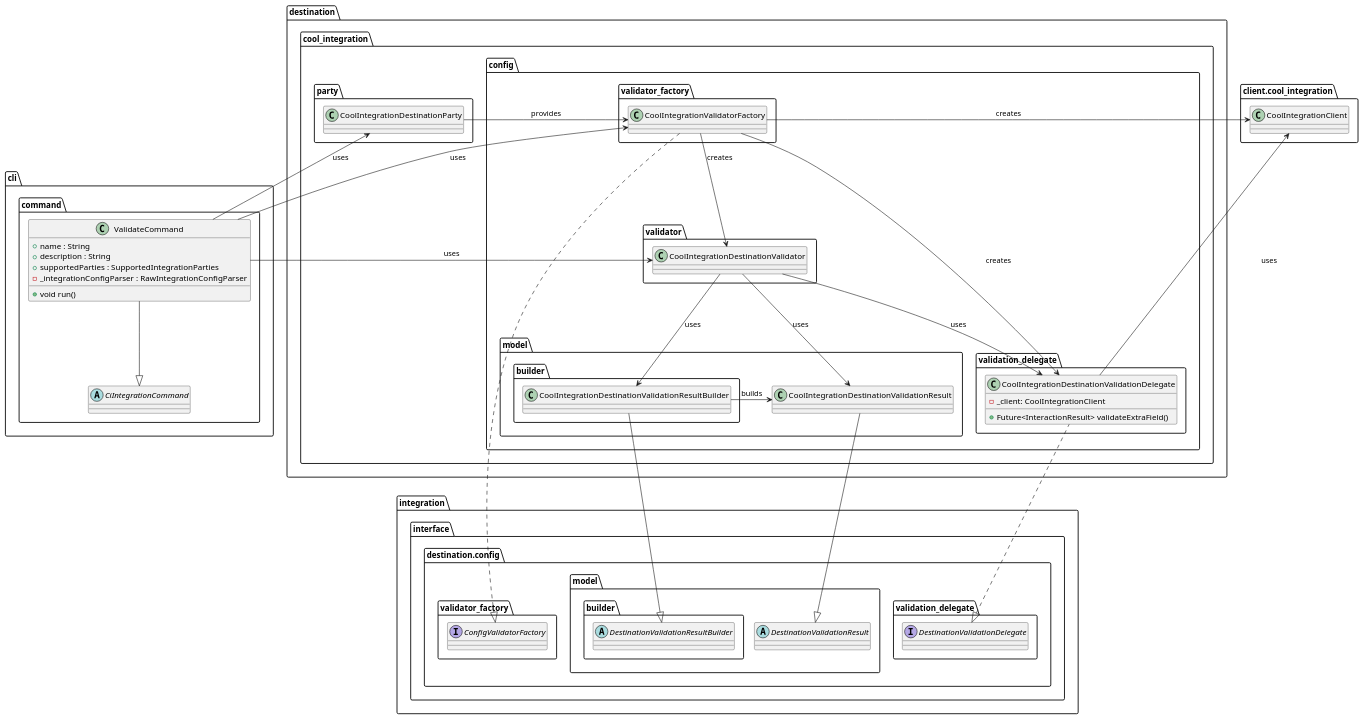
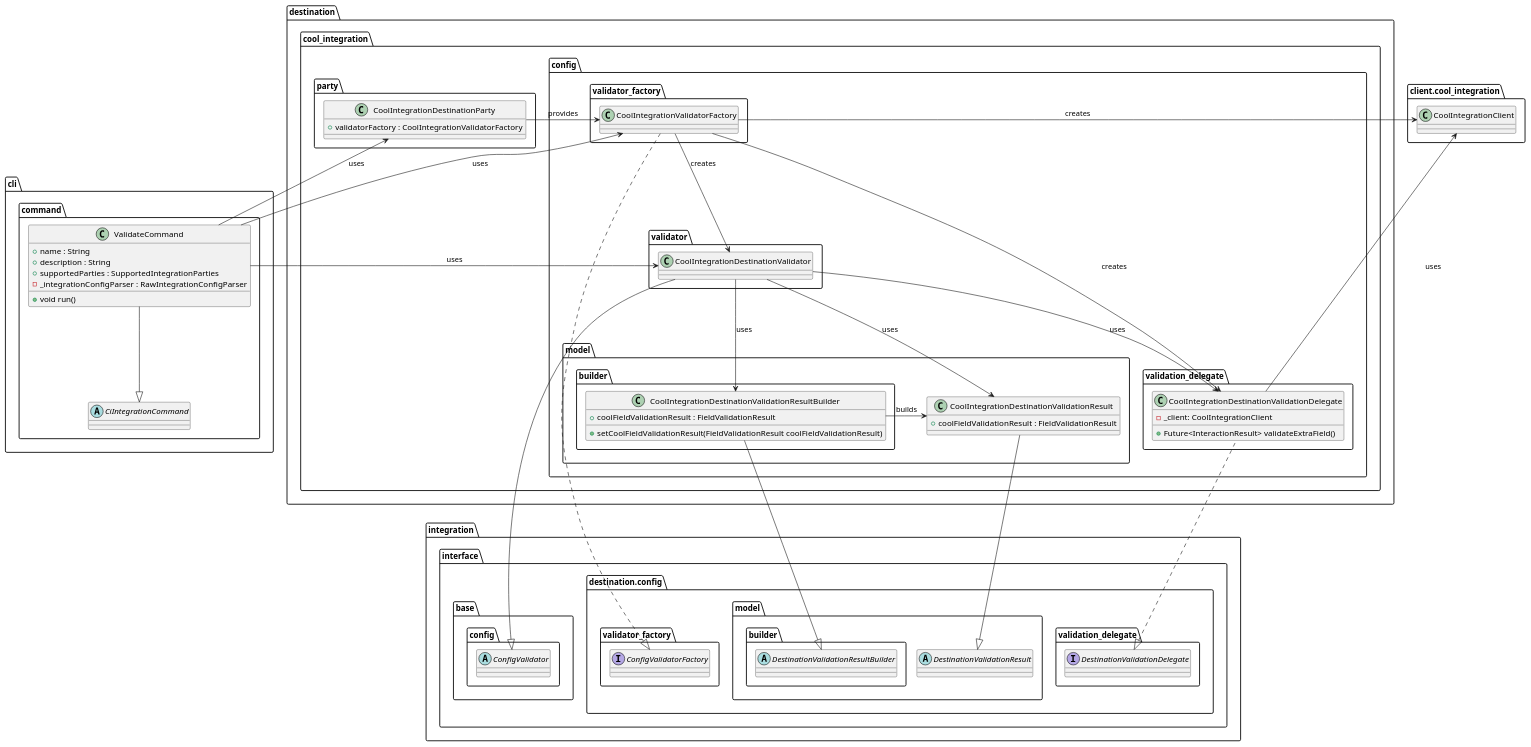
Before and after one commit to Flank/flank-dashboard: the diagram in metrics/ci_integrations/docs/diagrams/ci_integrations_config_validator_destination_class_diagram.puml, drawn with PlantUML. The commit also changed 2 other files, not shown here.

```diff
--- a/metrics/ci_integrations/docs/diagrams/ci_integrations_config_validator_destination_class_diagram.puml
+++ b/metrics/ci_integrations/docs/diagrams/ci_integrations_config_validator_destination_class_diagram.puml
@@ -1,100 +1,118 @@
 @startuml ci_integrations_config_validator_class_diagram
 
     package integration.interface {
+
+        package base.config {
+            abstract class ConfigValidator {}
+        }
+
         package destination.config as interface_config {
 
             package validation_delegate as interface_delegate {
                 interface DestinationValidationDelegate {}
             }
 
             package validator_factory as interface_factory {
                 interface ConfigValidatorFactory {}
             }
 
             package model as interface_model {
                 package builder {
                     abstract class DestinationValidationResultBuilder {}
                 }
 
                 abstract class DestinationValidationResult {}
             }
 
         }
     }
 
     package destination.cool_integration {
 
         package party {
-            class CoolIntegrationDestinationParty {}
+            class CoolIntegrationDestinationParty {
+                + validatorFactory : CoolIntegrationValidatorFactory
+            }
         }
 
         package config as cool_integration_config {
             package validator as cool_integration_validator {
                 class CoolIntegrationDestinationValidator {}
             }
 
             package validator_factory as cool_integration_validator_validator_factory {
                 class CoolIntegrationValidatorFactory {}
             }
 
             package validation_delegate {
                 class CoolIntegrationDestinationValidationDelegate {
                     - _client: CoolIntegrationClient
 
                     + Future<InteractionResult> validateExtraField()
                 }
             }
 
             package model as cool_integration_model {
                 package builder as cool_integration_builder {
-                    class CoolIntegrationDestinationValidationResultBuilder {}
+                    class CoolIntegrationDestinationValidationResultBuilder {
+                        + coolFieldValidationResult : FieldValidationResult
+
+                        + setCoolFieldValidationResult(FieldValidationResult coolFieldValidationResult)
+                    }
                 }
 
-                class CoolIntegrationDestinationValidationResult {}
+                class CoolIntegrationDestinationValidationResult {
+                    + coolFieldValidationResult : FieldValidationResult
+                }
             }
         }
     }
 
     package client.cool_integration as client_cool_integration {
         class CoolIntegrationClient {}
     }
 
     package cli.command {
         abstract class CiIntegrationCommand {}
 
         class ValidateCommand {
             + name : String
             + description : String
             + supportedParties : SupportedIntegrationParties
             - _integrationConfigParser : RawIntegrationConfigParser
 
             + void run()
         }
     }
 
     CoolIntegrationDestinationValidator --> CoolIntegrationDestinationValidationDelegate : uses
     CoolIntegrationDestinationValidationDelegate --> CoolIntegrationClient : uses
     CoolIntegrationValidatorFactory --> CoolIntegrationDestinationValidator : creates
     CoolIntegrationValidatorFactory --> CoolIntegrationClient : creates
     CoolIntegrationValidatorFactory --> CoolIntegrationDestinationValidationDelegate : creates
 
     ValidateCommand -down-|> CiIntegrationCommand
     ValidateCommand -left-> CoolIntegrationDestinationValidator : uses
     ValidateCommand -left-> CoolIntegrationValidatorFactory : uses
     ValidateCommand -left-> CoolIntegrationDestinationParty : uses
 
     CoolIntegrationDestinationParty -right-> CoolIntegrationValidatorFactory : provides
 
     CoolIntegrationDestinationValidationDelegate .left.|> DestinationValidationDelegate
     CoolIntegrationDestinationValidationResult -down-|> DestinationValidationResult
     CoolIntegrationDestinationValidationResultBuilder -down-|> DestinationValidationResultBuilder
     
     CoolIntegrationDestinationValidator --> CoolIntegrationDestinationValidationResultBuilder : uses
     CoolIntegrationDestinationValidator --> CoolIntegrationDestinationValidationResult : uses
+    CoolIntegrationDestinationValidator -down-|> ConfigValidator
 
     CoolIntegrationDestinationValidationResultBuilder -right-> CoolIntegrationDestinationValidationResult : builds
 
     CoolIntegrationValidatorFactory ..|> ConfigValidatorFactory
 
     CoolIntegrationValidatorFactory -[hidden]left-> CoolIntegrationClient
+    DestinationValidationDelegate -[hidden]right-> DestinationValidationResult
+
+    DestinationValidationResult -[hidden]left-> CoolIntegrationDestinationValidationResultBuilder
+
 @enduml
```
